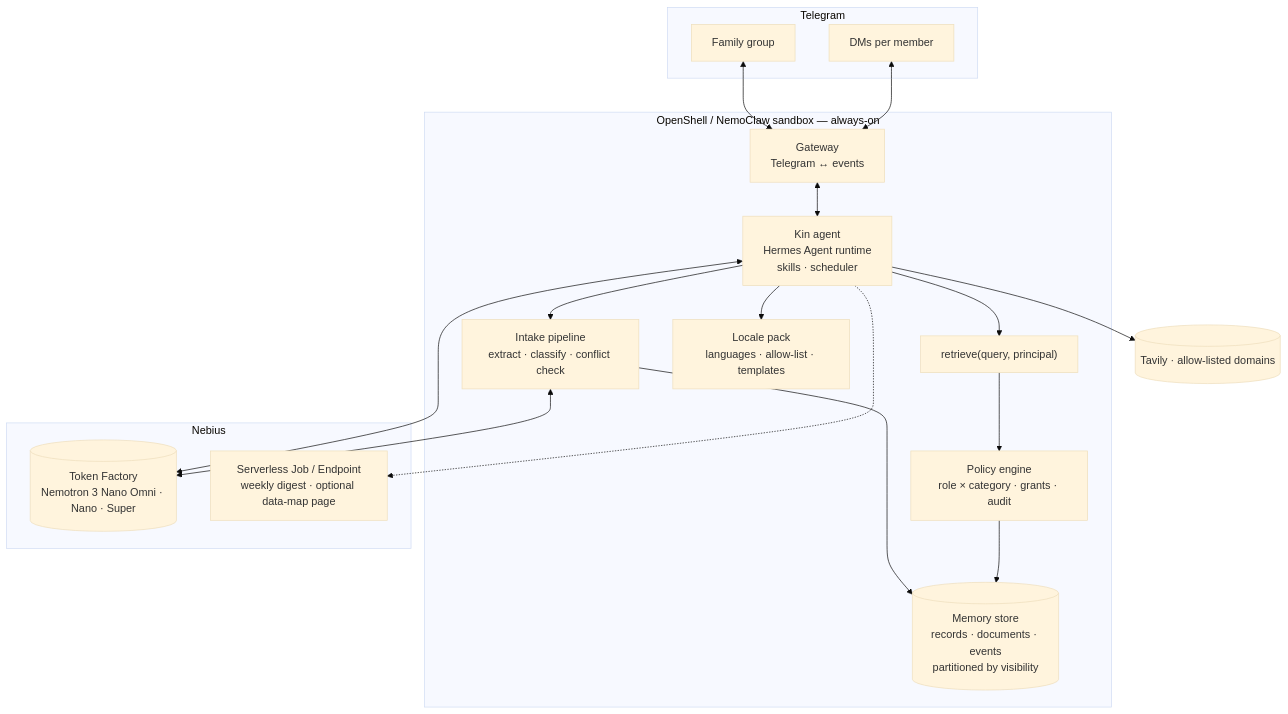
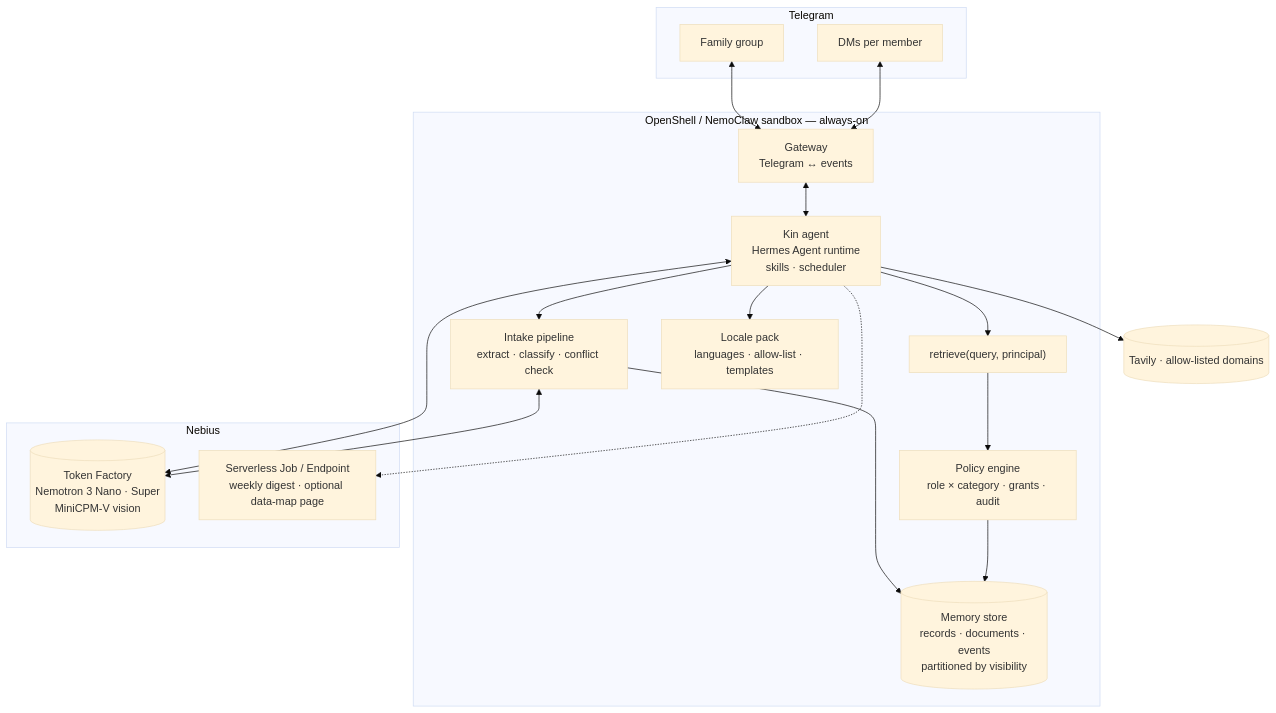
Before and after one commit to wenhao7/kin: the diagram in docs/05-architecture.md, drawn with Mermaid (base theme). The commit also changed other lines of this file and 15 other files, not shown here.

Commit message:
feat: use MiniCPM-V on Token Factory as the vision fallback

````diff
--- a/docs/05-architecture.md
+++ b/docs/05-architecture.md
@@ -12,30 +12,30 @@
 ```mermaid
 flowchart TB
     subgraph Telegram
         G[Family group]
         D[DMs per member]
     end
     subgraph Sandbox["OpenShell / NemoClaw sandbox — always-on"]
         GW[Gateway<br/>Telegram ↔ events]
         AG[Kin agent<br/>Hermes Agent runtime<br/>skills · scheduler]
         IN[Intake pipeline<br/>extract · classify · conflict check]
         PE[Policy engine<br/>role × category · grants · audit]
         RET["retrieve(query, principal)"]
         MEM[(Memory store<br/>records · documents · events<br/>partitioned by visibility)]
         LOC[Locale pack<br/>languages · allow-list · templates]
     end
     subgraph Nebius
-        TF[(Token Factory<br/>Nemotron 3 Nano Omni · Nano · Super)]
+        TF[(Token Factory<br/>Nemotron 3 Nano · Super<br/>MiniCPM-V vision)]
         SE[Serverless Job / Endpoint<br/>weekly digest · optional data-map page]
     end
     TV[(Tavily · allow-listed domains)]
 
     G & D <--> GW <--> AG
     AG --> IN --> MEM
     AG --> RET --> PE --> MEM
     AG <--> TF
     IN <--> TF
     AG --> TV
     AG --> LOC
     AG -.-> SE
 ```
````
